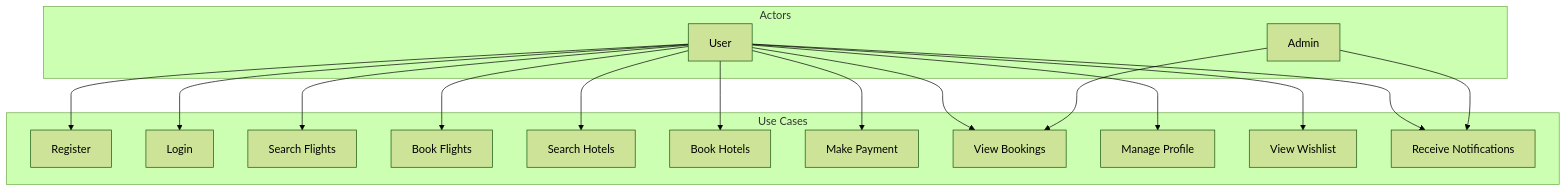
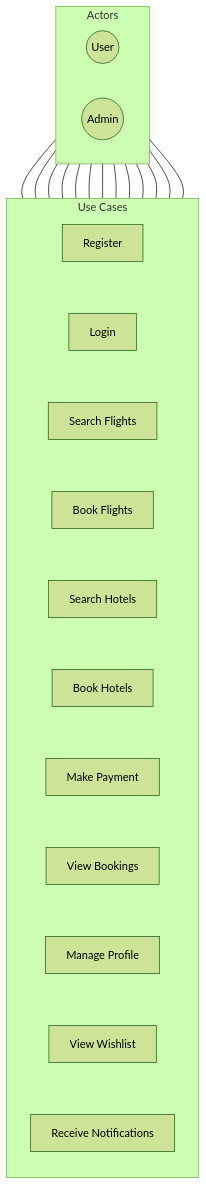
One commit to notishita/tripbng changed the eighth of 12 diagrams in docs/diagrams.md. Above: the diagram before and after it, drawn with Mermaid (forest theme). The commit also changed 13 other files, not shown here.

Commit message:
add diagrams

````diff
--- a/docs/diagrams.md
+++ b/docs/diagrams.md
@@ -210,36 +210,41 @@
 ```mermaid
-graph TD
+flowchart TD
     subgraph Actors
-        USER[User]
-        ADMIN[Admin]
+        direction LR
+        USER((User))
+        ADMIN((Admin))
     end
 
-    subgraph Use Cases
+    subgraph "Use Cases"
+        direction TB
         UC1[Register]
         UC2[Login]
         UC3[Search Flights]
         UC4[Book Flights]
         UC5[Search Hotels]
         UC6[Book Hotels]
         UC7[Make Payment]
         UC8[View Bookings]
         UC9[Manage Profile]
         UC10[View Wishlist]
         UC11[Receive Notifications]
+        
+        %% Force vertical stacking
+        UC1 ~~~ UC2 ~~~ UC3 ~~~ UC4 ~~~ UC5 ~~~ UC6 ~~~ UC7 ~~~ UC8 ~~~ UC9 ~~~ UC10 ~~~ UC11
     end
 
-    USER --> UC1
-    USER --> UC2
-    USER --> UC3
-    USER --> UC4
-    USER --> UC5
-    USER --> UC6
-    USER --> UC7
-    USER --> UC8
-    USER --> UC9
-    USER --> UC10
-    USER --> UC11
+    USER --- UC1
+    USER --- UC2
+    USER --- UC3
+    USER --- UC4
+    USER --- UC5
+    USER --- UC6
+    USER --- UC7
+    USER --- UC8
+    USER --- UC9
+    USER --- UC10
+    USER --- UC11
 
-    ADMIN --> UC8
-    ADMIN --> UC11
+    ADMIN --- UC8
+    ADMIN --- UC11
 ```
````
